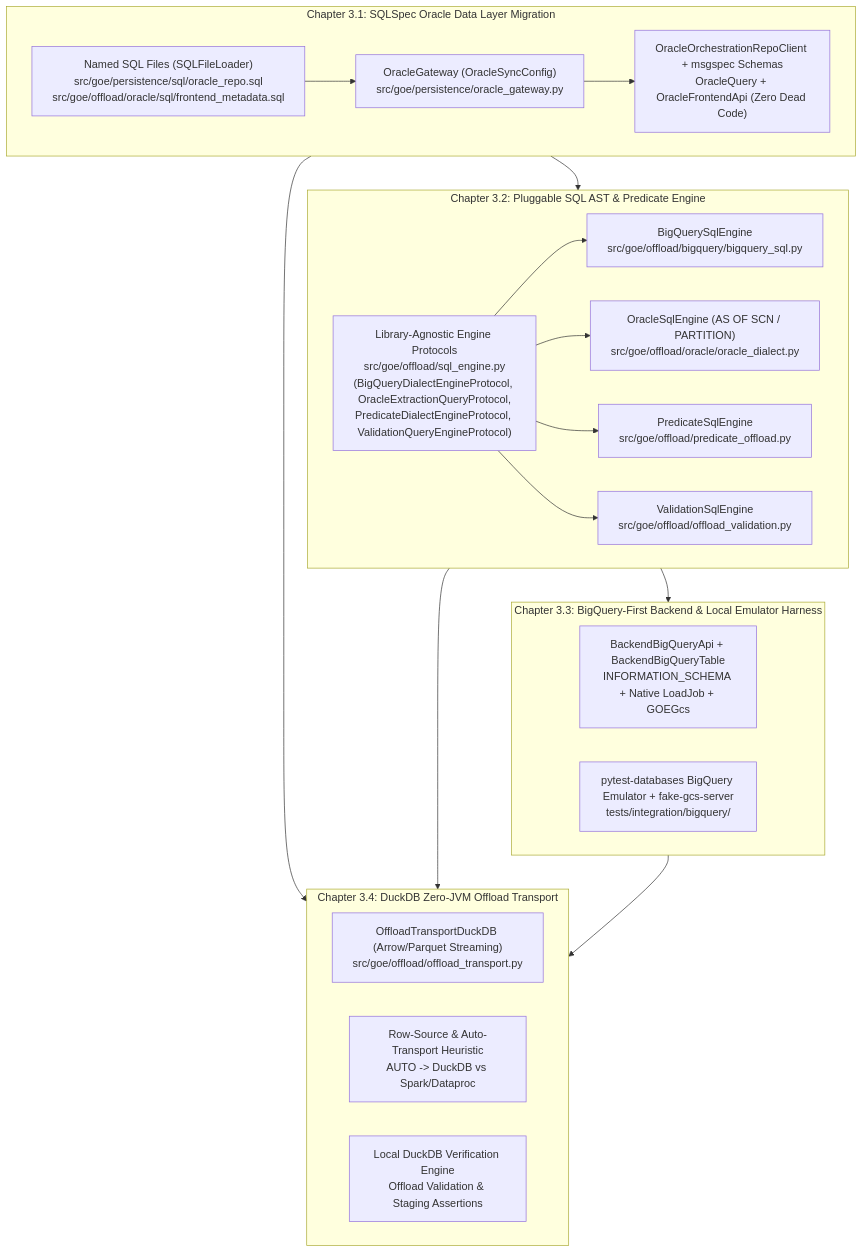
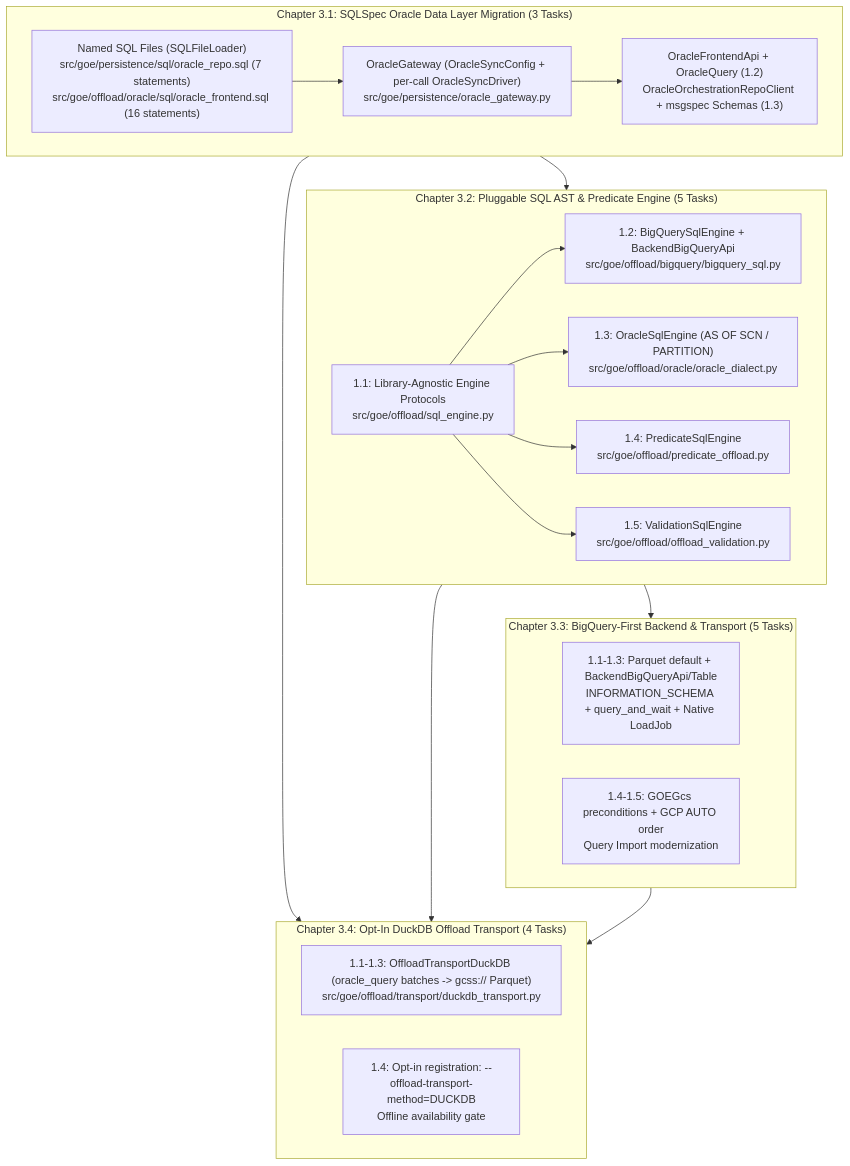
One commit to cofin/goe changed the diagram in .agents/bundles/specs/prd_03_sqlspec_bigquery_and_duckdb_engine_20261010/spec.md. Above: the diagram before and after it, drawn with Mermaid. The commit also changed other lines of this file and 83 other files, not shown here.

Commit message:
docs(specs): refine Flow master PRDs and child flow worksheets to zero-ambiguity standard

````diff
--- a/.agents/bundles/specs/prd_03_sqlspec_bigquery_and_duckdb_engine_20261010/spec.md
+++ b/.agents/bundles/specs/prd_03_sqlspec_bigquery_and_duckdb_engine_20261010/spec.md
@@ -39,38 +48,37 @@
 ```mermaid
 flowchart TD
-    subgraph Ch3_1["Chapter 3.1: SQLSpec Oracle Data Layer Migration"]
-        SQLFiles["Named SQL Files (SQLFileLoader)\nsrc/goe/persistence/sql/oracle_repo.sql\nsrc/goe/offload/oracle/sql/frontend_metadata.sql"]
-        OraGateway["OracleGateway (OracleSyncConfig)\nsrc/goe/persistence/oracle_gateway.py"]
-        RepoClient["OracleOrchestrationRepoClient + msgspec Schemas\nOracleQuery + OracleFrontendApi (Zero Dead Code)"]
+    subgraph Ch3_1["Chapter 3.1: SQLSpec Oracle Data Layer Migration (3 Tasks)"]
+        SQLFiles["Named SQL Files (SQLFileLoader)\nsrc/goe/persistence/sql/oracle_repo.sql (7 statements)\nsrc/goe/offload/oracle/sql/oracle_frontend.sql (16 statements)"]
+        OraGateway["OracleGateway (OracleSyncConfig + per-call OracleSyncDriver)\nsrc/goe/persistence/oracle_gateway.py"]
+        RepoClient["OracleFrontendApi + OracleQuery (1.2)\nOracleOrchestrationRepoClient + msgspec Schemas (1.3)"]
         SQLFiles --> OraGateway --> RepoClient
     end
 
-    subgraph Ch3_2["Chapter 3.2: Pluggable SQL AST & Predicate Engine"]
-        Protocols["Library-Agnostic Engine Protocols\nsrc/goe/offload/sql_engine.py\n(BigQueryDialectEngineProtocol, OracleExtractionQueryProtocol,\nPredicateDialectEngineProtocol, ValidationQueryEngineProtocol)"]
-        BQSql["BigQuerySqlEngine\nsrc/goe/offload/bigquery/bigquery_sql.py"]
-        OraDial["OracleSqlEngine (AS OF SCN / PARTITION)\nsrc/goe/offload/oracle/oracle_dialect.py"]
-        PredAST["PredicateSqlEngine\nsrc/goe/offload/predicate_offload.py"]
-        AggVal["ValidationSqlEngine\nsrc/goe/offload/offload_validation.py"]
+    subgraph Ch3_2["Chapter 3.2: Pluggable SQL AST & Predicate Engine (5 Tasks)"]
+        Protocols["1.1: Library-Agnostic Engine Protocols\nsrc/goe/offload/sql_engine.py"]
+        BQSql["1.2: BigQuerySqlEngine + BackendBigQueryApi\nsrc/goe/offload/bigquery/bigquery_sql.py"]
+        OraDial["1.3: OracleSqlEngine (AS OF SCN / PARTITION)\nsrc/goe/offload/oracle/oracle_dialect.py"]
+        PredAST["1.4: PredicateSqlEngine\nsrc/goe/offload/predicate_offload.py"]
+        AggVal["1.5: ValidationSqlEngine\nsrc/goe/offload/offload_validation.py"]
         Protocols --> BQSql
         Protocols --> OraDial
         Protocols --> PredAST
         Protocols --> AggVal
     end
 
-    subgraph Ch3_3["Chapter 3.3: BigQuery-First Backend & Local Emulator Harness"]
-        BQSpec["BackendBigQueryApi + BackendBigQueryTable\nINFORMATION_SCHEMA + Native LoadJob + GOEGcs"]
-        Emulator["pytest-databases BigQuery Emulator + fake-gcs-server\ntests/integration/bigquery/"]
+    subgraph Ch3_3["Chapter 3.3: BigQuery-First Backend & Transport (5 Tasks)"]
+        BQSpec["1.1-1.3: Parquet default + BackendBigQueryApi/Table\nINFORMATION_SCHEMA + query_and_wait + Native LoadJob"]
+        GcsTransport["1.4-1.5: GOEGcs preconditions + GCP AUTO order\nQuery Import modernization"]
     end
 
-    subgraph Ch3_4["Chapter 3.4: DuckDB Zero-JVM Offload Transport"]
-        DuckTrans["OffloadTransportDuckDB (Arrow/Parquet Streaming)\nsrc/goe/offload/offload_transport.py"]
-        AutoSelect["Row-Source & Auto-Transport Heuristic\nAUTO -> DuckDB vs Spark/Dataproc"]
-        LocalVerify["Local DuckDB Verification Engine\nOffload Validation & Staging Assertions"]
+    subgraph Ch3_4["Chapter 3.4: Opt-In DuckDB Offload Transport (4 Tasks)"]
+        DuckTrans["1.1-1.3: OffloadTransportDuckDB (oracle_query batches -> gcss:// Parquet)\nsrc/goe/offload/transport/duckdb_transport.py"]
+        OptIn["1.4: Opt-in registration: --offload-transport-method=DUCKDB\nOffline availability gate"]
     end
 
     Ch3_1 --> Ch3_2
     Ch3_2 --> Ch3_3
     Ch3_1 --> Ch3_4
     Ch3_2 --> Ch3_4
     Ch3_3 --> Ch3_4
 ```
````
